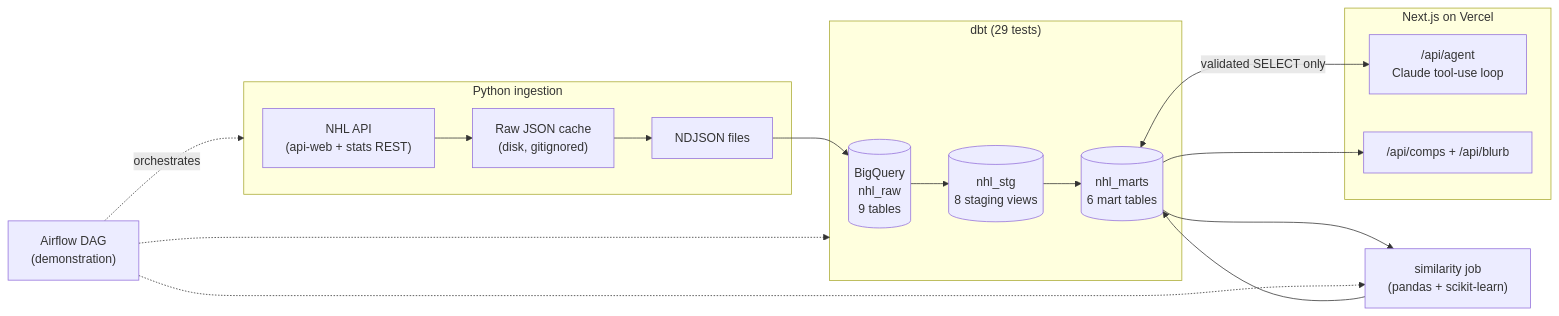
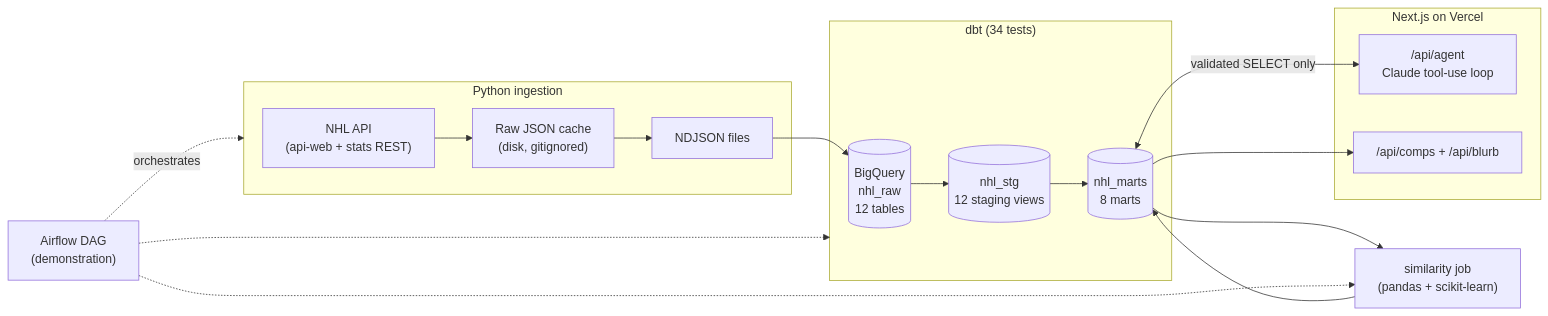
Before and after one commit to FakeJenton/hockey-research-agent: the diagram in README.md, drawn with Mermaid. The commit also changed other lines of this file and 36 other files, not shown here.

````diff
--- a/README.md
+++ b/README.md
@@ -17,29 +17,29 @@
 ```mermaid
 flowchart LR
     subgraph Ingestion["Python ingestion"]
         API["NHL API<br/>(api-web + stats REST)"] --> CACHE["Raw JSON cache<br/>(disk, gitignored)"]
         CACHE --> NDJSON["NDJSON files"]
     end
 
-    NDJSON --> RAW[("BigQuery<br/>nhl_raw<br/>9 tables")]
+    NDJSON --> RAW[("BigQuery<br/>nhl_raw<br/>12 tables")]
 
-    subgraph dbt["dbt (29 tests)"]
-        RAW --> STG[("nhl_stg<br/>8 staging views")]
-        STG --> MARTS[("nhl_marts<br/>6 mart tables")]
+    subgraph dbt["dbt (34 tests)"]
+        RAW --> STG[("nhl_stg<br/>12 staging views")]
+        STG --> MARTS[("nhl_marts<br/>8 marts")]
     end
 
     MARTS --> SIM["similarity job<br/>(pandas + scikit-learn)"]
     SIM --> MARTS
 
     subgraph App["Next.js on Vercel"]
         AGENT["/api/agent<br/>Claude tool-use loop"]
         COMPS["/api/comps + /api/blurb"]
     end
 
     MARTS <--> |"validated SELECT only"| AGENT
     MARTS --> COMPS
 
     AIRFLOW["Airflow DAG<br/>(demonstration)"] -.orchestrates.-> Ingestion
     AIRFLOW -.-> dbt
     AIRFLOW -.-> SIM
 ```
````
